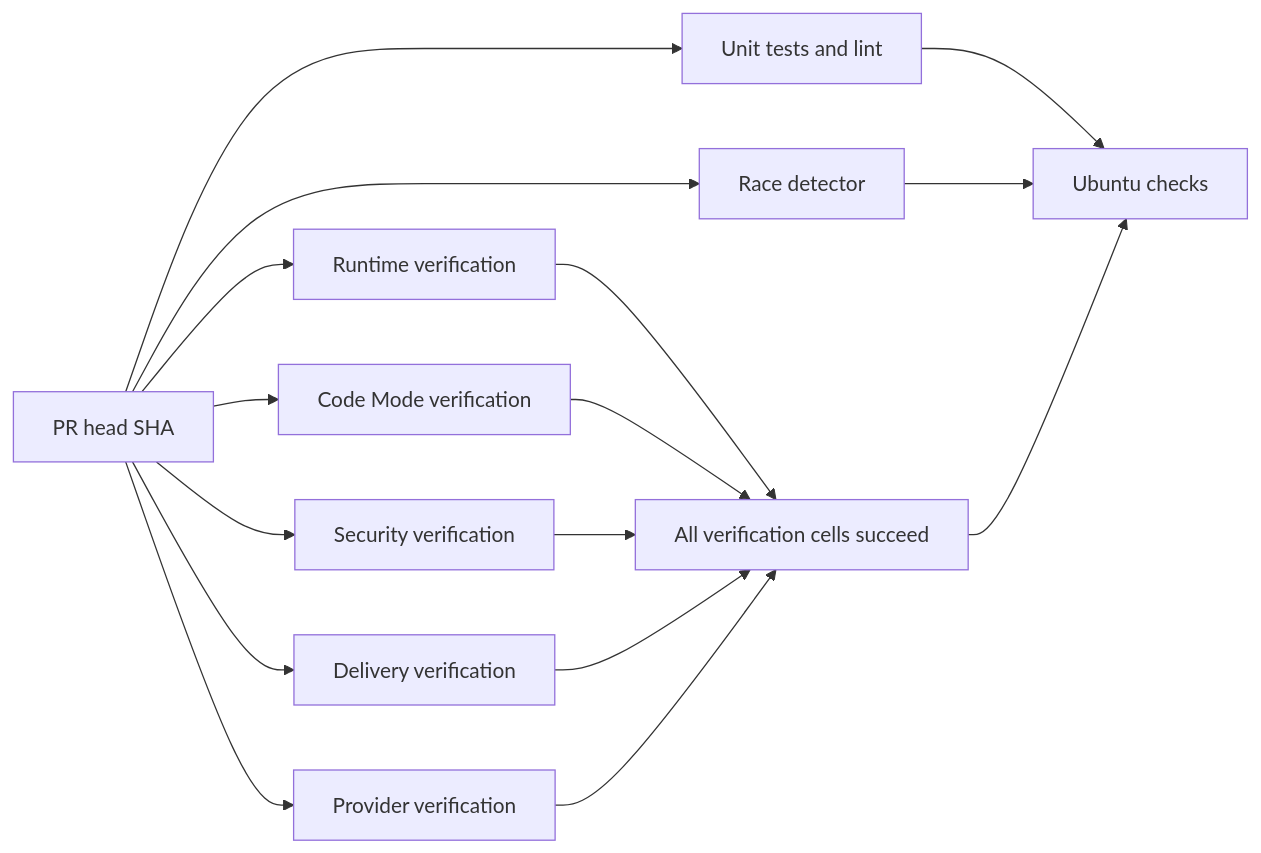
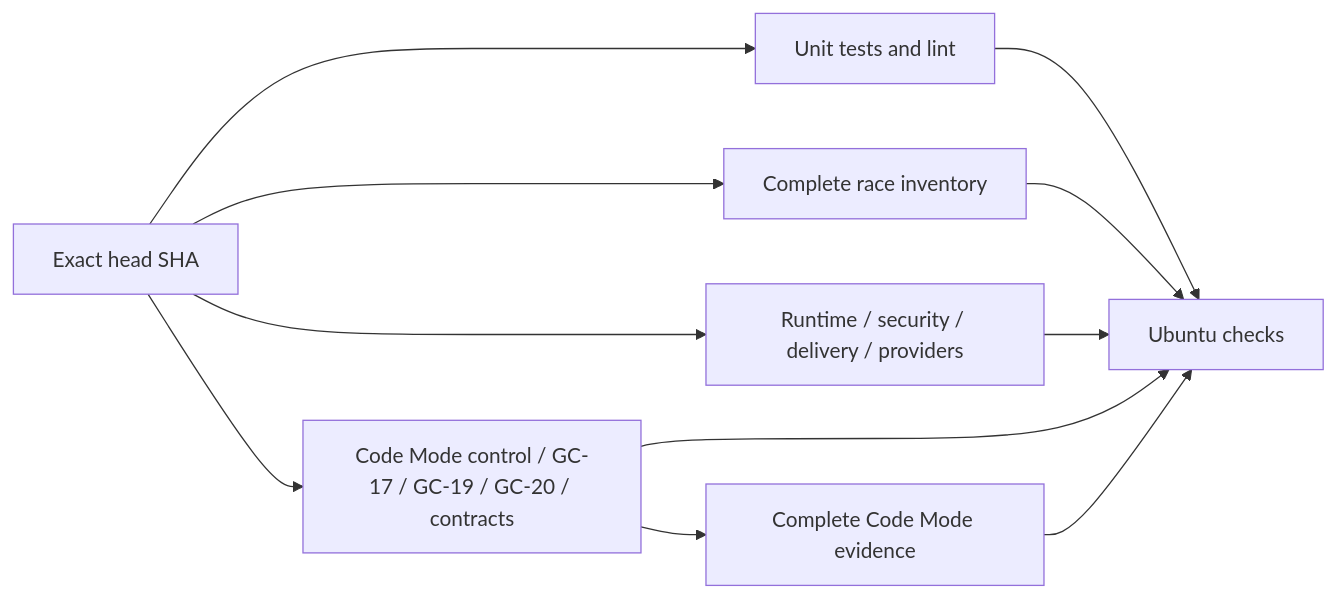
The diagram in docs/ci.md (z-chenhao/assistant), drawn with Mermaid before and after one commit. The commit also changed other lines of this file and 73 other files, not shown here.

First line of the commit message:
ERII-141: consolidate fresh schema and parallelize complete CI gates (#24)

````diff
--- a/docs/ci.md
+++ b/docs/ci.md
@@ -12,18 +10,13 @@
 ```mermaid
 flowchart LR
-    SHA[PR head SHA] --> Fast[Unit tests and lint]
-    SHA --> Race[Race detector]
-    SHA --> Runtime[Runtime verification]
-    SHA --> CodeMode[Code Mode verification]
-    SHA --> Security[Security verification]
-    SHA --> Delivery[Delivery verification]
-    SHA --> Providers[Provider verification]
-    Fast --> Gate[Ubuntu checks]
+    SHA[Exact head SHA] --> Unit[Unit tests and lint]
+    SHA --> Race[Complete race inventory]
+    SHA --> Verify[Runtime / security / delivery / providers]
+    SHA --> Parts[Code Mode control / GC-17 / GC-19 / GC-20 / contracts]
+    Parts --> Join[Complete Code Mode evidence]
+    Unit --> Gate[Ubuntu checks]
     Race --> Gate
-    Runtime --> Matrix[All verification cells succeed]
-    CodeMode --> Matrix
-    Security --> Matrix
-    Delivery --> Matrix
-    Providers --> Matrix
-    Matrix --> Gate
+    Verify --> Gate
+    Parts --> Gate
+    Join --> Gate
 ```
````
